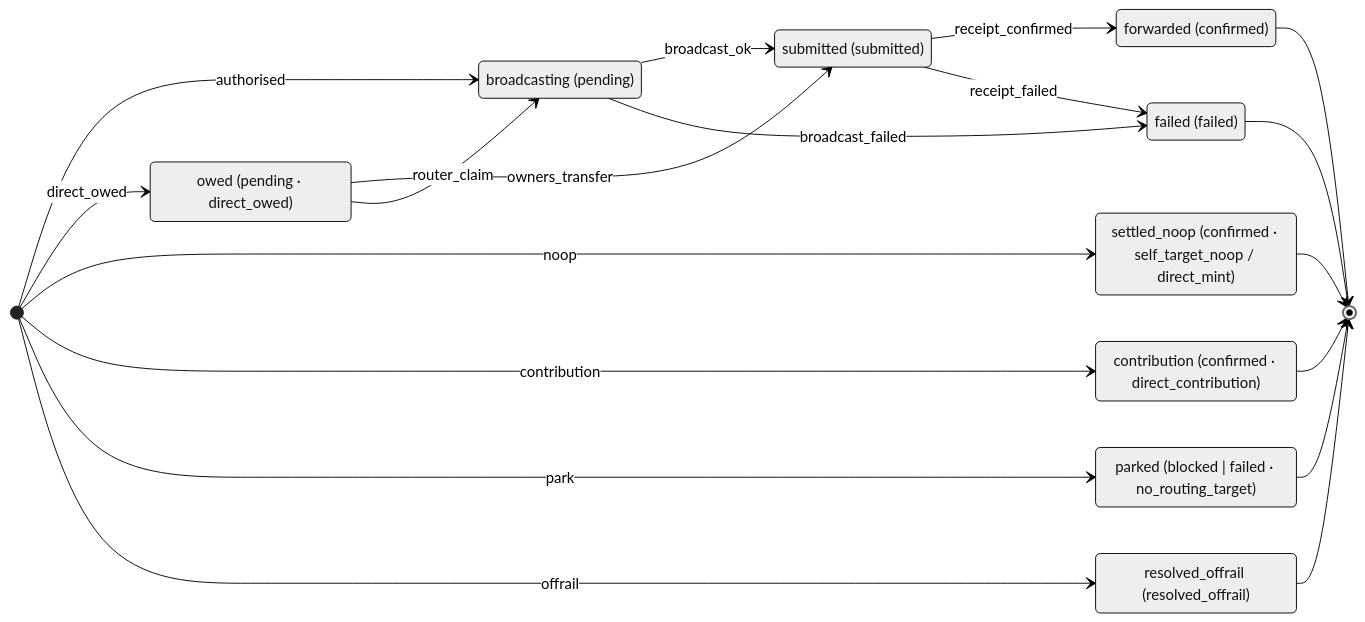
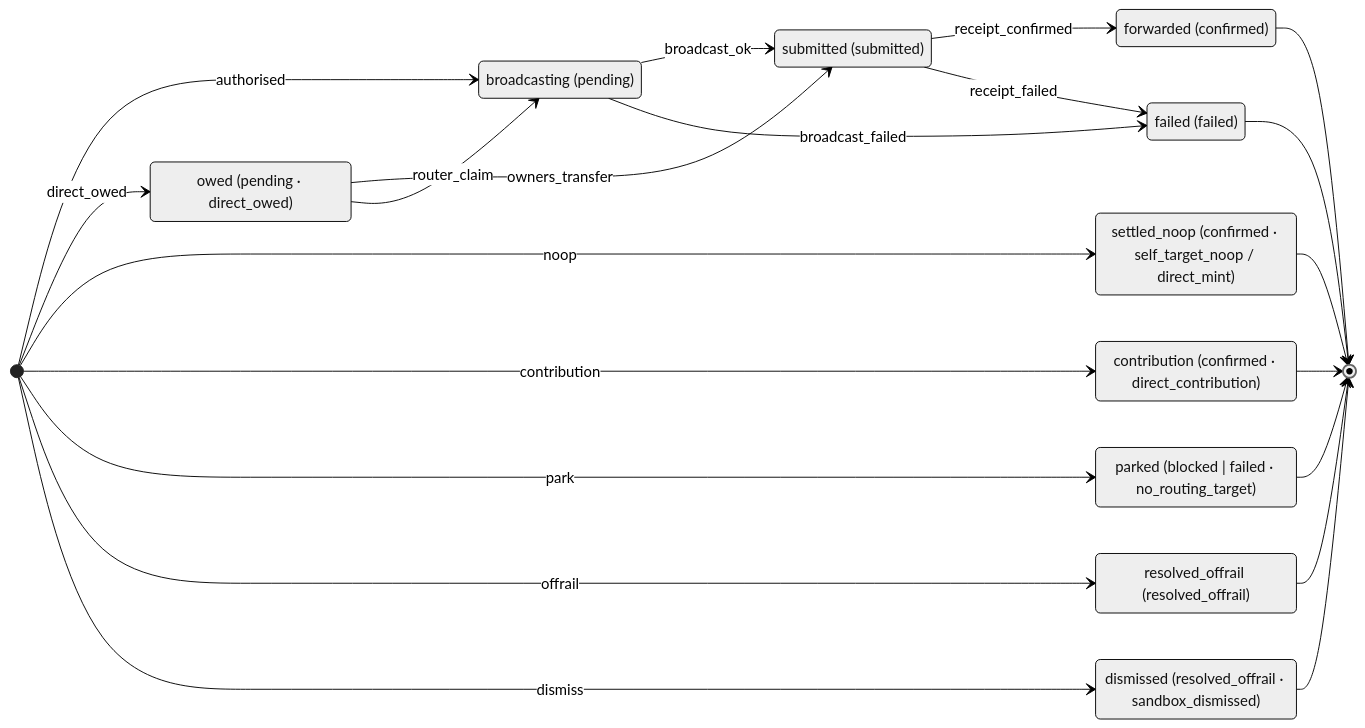
Before and after one commit to domovinatv/pay.domovina.ai: the first of 2 diagrams in docs/state-machines.md, drawn with Mermaid (neutral theme). The commit also changed other lines of this file and 8 other files, not shown here.

````diff
--- a/docs/state-machines.md
+++ b/docs/state-machines.md
@@ -26,31 +26,34 @@
 ```mermaid
 stateDiagram-v2
   direction LR
   state "broadcasting (pending)" as broadcasting
   state "owed (pending · direct_owed)" as owed
   state "submitted (submitted)" as submitted
   state "forwarded (confirmed)" as forwarded
   state "settled_noop (confirmed · self_target_noop / direct_mint)" as settled_noop
   state "contribution (confirmed · direct_contribution)" as contribution
   state "parked (blocked | failed · no_routing_target)" as parked
   state "failed (failed)" as failed
   state "resolved_offrail (resolved_offrail)" as resolved_offrail
+  state "dismissed (resolved_offrail · sandbox_dismissed)" as dismissed
   [*] --> broadcasting: authorised
   [*] --> owed: direct_owed
   [*] --> settled_noop: noop
   [*] --> contribution: contribution
   [*] --> parked: park
   [*] --> resolved_offrail: offrail
+  [*] --> dismissed: dismiss
   broadcasting --> submitted: broadcast_ok
   broadcasting --> failed: broadcast_failed
   owed --> submitted: owners_transfer
   owed --> broadcasting: router_claim
   submitted --> forwarded: receipt_confirmed
   submitted --> failed: receipt_failed
   forwarded --> [*]
   settled_noop --> [*]
   contribution --> [*]
   parked --> [*]
   failed --> [*]
   resolved_offrail --> [*]
+  dismissed --> [*]
 ```
````
